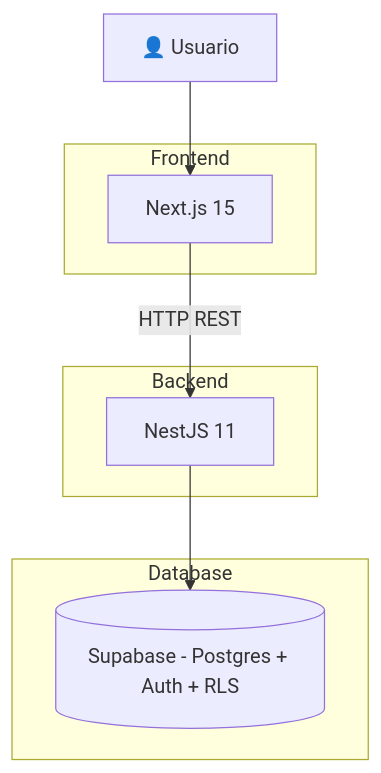
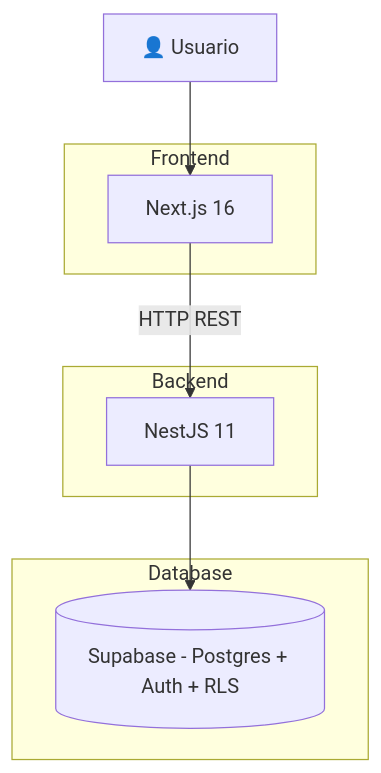
Before and after one commit to JCGJ94/NutriFlow-Project: the diagram in docs/DEPLOYMENT_ARCHITECTURE.md, drawn with Mermaid. The commit also changed 22 other files, not shown here.

````diff
--- a/docs/DEPLOYMENT_ARCHITECTURE.md
+++ b/docs/DEPLOYMENT_ARCHITECTURE.md
@@ -48,21 +48,21 @@
 ```mermaid
 graph TD
 
     User[👤 Usuario]
 
     subgraph Frontend
-        WEB[Next.js 15]
+        WEB[Next.js 16]
     end
 
     subgraph Backend
         API[NestJS 11]
     end
 
     subgraph Database
         SUPA[(Supabase - Postgres + Auth + RLS)]
     end
 
     User --> WEB
     WEB -->|HTTP REST| API
     API --> SUPA
 ```
````
